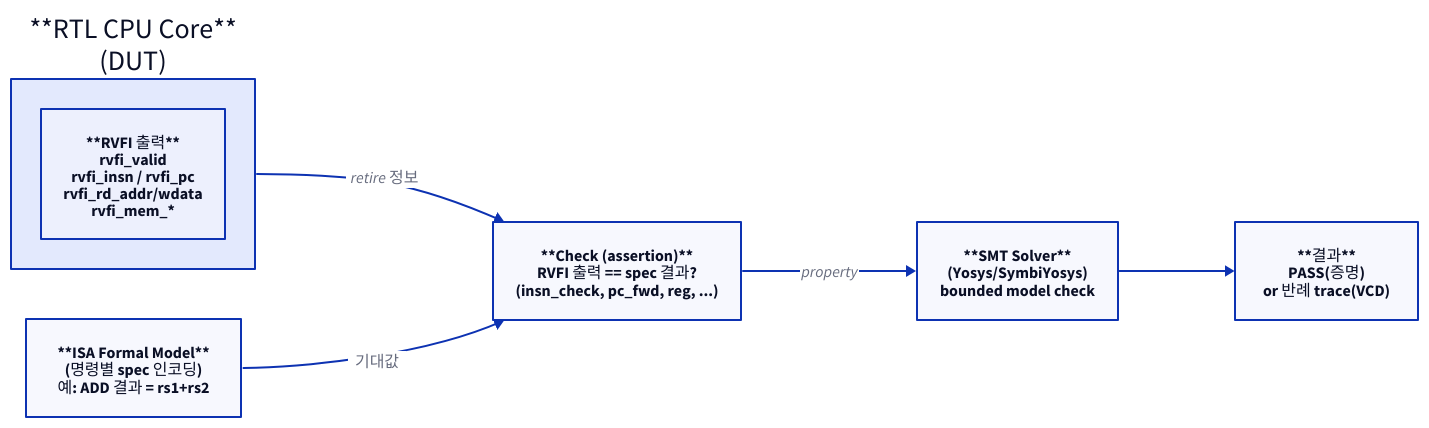
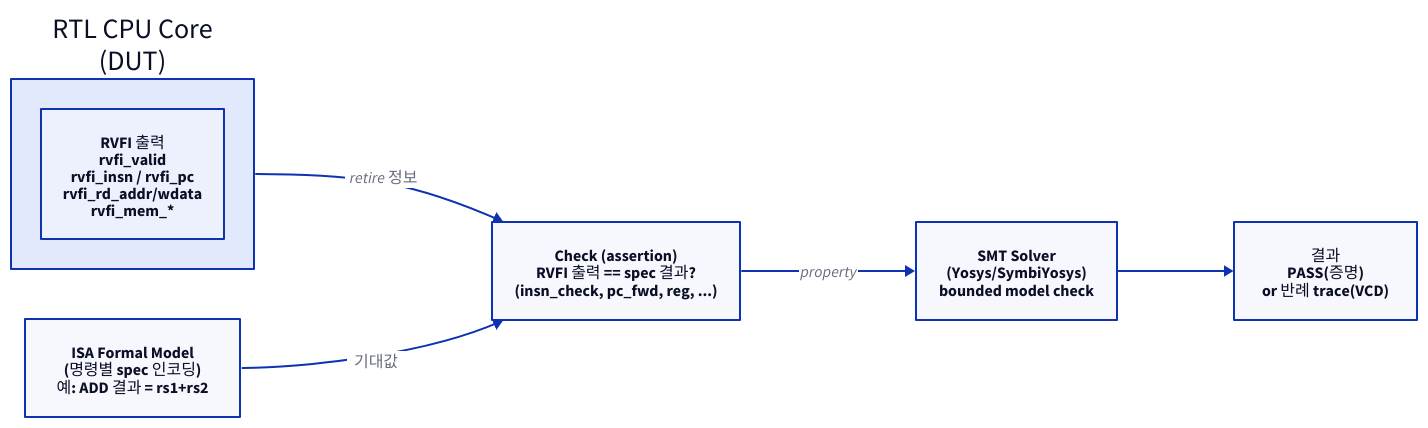
One commit to humbleowl39/DV_SKOOL changed the first of 4 diagrams in starlight_site/src/content/docs/cpu_dv/06_riscv_formal.md. Above: the diagram before and after it, drawn with D2. The commit also changed other lines of this file and 714 other files, not shown here.

First line of the commit message:
fix(site): d2 다이어그램 가독성 결함 6종 일괄 수정

````diff
--- a/starlight_site/src/content/docs/cpu_dv/06_riscv_formal.md
+++ b/starlight_site/src/content/docs/cpu_dv/06_riscv_formal.md
@@ -59,16 +59,16 @@
 ```d2
 direction: right
 
-CORE: "**RTL CPU Core**\n(DUT)" {
-  RVFI: "**RVFI 출력**\nrvfi_valid\nrvfi_insn / rvfi_pc\nrvfi_rd_addr/wdata\nrvfi_mem_*"
+CORE: "RTL CPU Core\n(DUT)" {
+  RVFI: "RVFI 출력\nrvfi_valid\nrvfi_insn / rvfi_pc\nrvfi_rd_addr/wdata\nrvfi_mem_*"
 }
-SPEC: "**ISA Formal Model**\n(명령별 spec 인코딩)\n예: ADD 결과 = rs1+rs2"
-CHK: "**Check (assertion)**\nRVFI 출력 == spec 결과?\n(insn_check, pc_fwd, reg, ...)"
-SOLVER: "**SMT Solver**\n(Yosys/SymbiYosys)\nbounded model check"
-RESULT: "**결과**\nPASS(증명)\nor 반례 trace(VCD)"
+SPEC: "ISA Formal Model\n(명령별 spec 인코딩)\n예: ADD 결과 = rs1+rs2"
+CHK: "Check (assertion)\nRVFI 출력 == spec 결과?\n(insn_check, pc_fwd, reg, ...)"
+SOLVER: "SMT Solver\n(Yosys/SymbiYosys)\nbounded model check"
+RESULT: "결과\nPASS(증명)\nor 반례 trace(VCD)"
 
 CORE -> CHK: "retire 정보"
 SPEC -> CHK: "기대값"
 CHK -> SOLVER: "property"
 SOLVER -> RESULT
 ```
````
